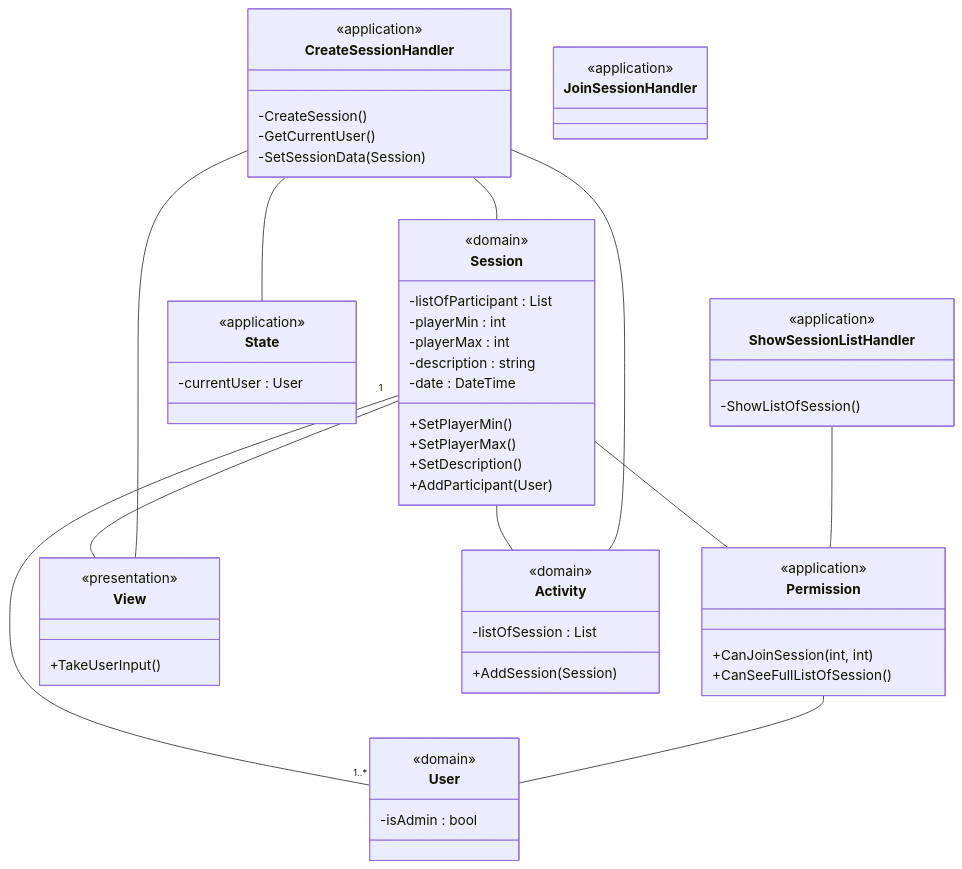
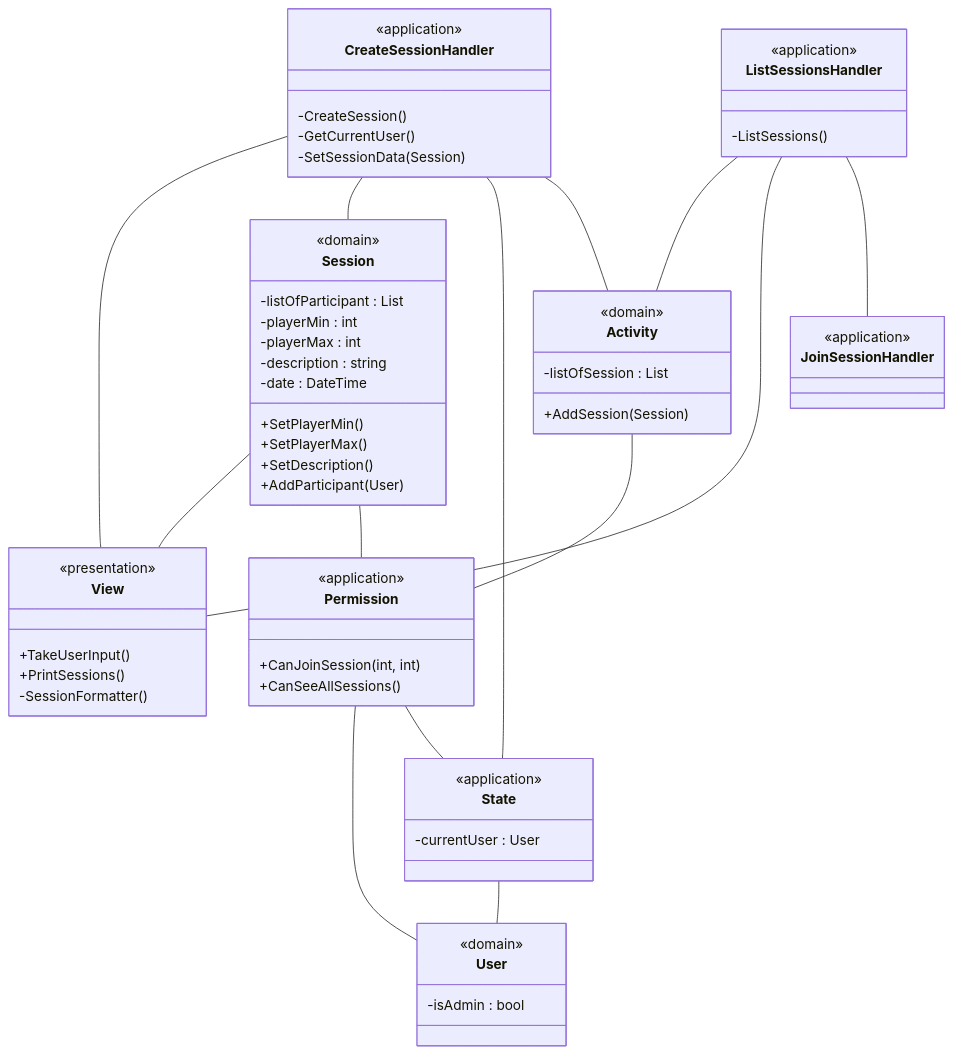
The fifth of 5 diagrams in 02 notes/Klassediagram.md (MatiasHeiberg/1.semesterprojekt), drawn with Mermaid before and after one commit. The commit also changed 1 other file, not shown here.

Commit message:
diagrams

````diff
--- a/02 notes/Klassediagram.md
+++ b/02 notes/Klassediagram.md
@@ -196,74 +196,79 @@
 ```mermaid
 classDiagram
 
-%% Class definitions
+%% CLASS DEFINITIONS
 class Session {
 	<<domain>>
     -listOfParticipant : List<User>
 	-playerMin : int 
 	-playerMax : int
 	-description : string
 	-date : DateTime
 	
 	+SetPlayerMin()
 	+SetPlayerMax()
 	+SetDescription()
 	+AddParticipant(User)
 	
 	
 }
 class User {
 	<<domain>>
 	-isAdmin : bool
 	
 }
 class State {
 	<<application>>
 	-currentUser : User
 }
-%% Serviceklasse til at håndtere rettigheds kald i systemmet.
 class Permission {
 	<<application>>
 	+CanJoinSession(int, int)
-	+CanSeeFullListOfSession()
+	+CanSeeAllSessions()
 }
 
 class View {
 	<<presentation>> 
 	+TakeUserInput()
+	+PrintSessions()
+	-SessionFormatter()
 }
 class Activity {
 	<<domain>>
 	-listOfSession : List<Session>
 	
 	+AddSession(Session)
 }
 class CreateSessionHandler{
 	<<application>>
 	-CreateSession()
 	-GetCurrentUser()
 	-SetSessionData(Session)
 }
 class JoinSessionHandler {
 	<<application>>
 	
 }
-class ShowSessionListHandler {
-<<application>>
-	-ShowListOfSession()
+class ListSessionsHandler {
+	<<application>>
+	-ListSessions()
 }
-%% Class relationships
-Session "1" -- "1..*" User
+
+%% CLASS RELATIONSHIPS
+%% Use case 2
 Session -- View
-Session -- Activity
 Session -- Permission
 CreateSessionHandler -- View
 CreateSessionHandler -- Session
 CreateSessionHandler -- State
 CreateSessionHandler -- Activity
-ShowSessionListHandler -- Permission
+State -- User
+
+%% Use case 3
+ListSessionsHandler -- Activity
+ListSessionsHandler -- View
 Permission -- User
-
-
-
+ListSessionsHandler -- JoinSessionHandler
+Activity -- Permission
+Permission -- State
 ```
````
